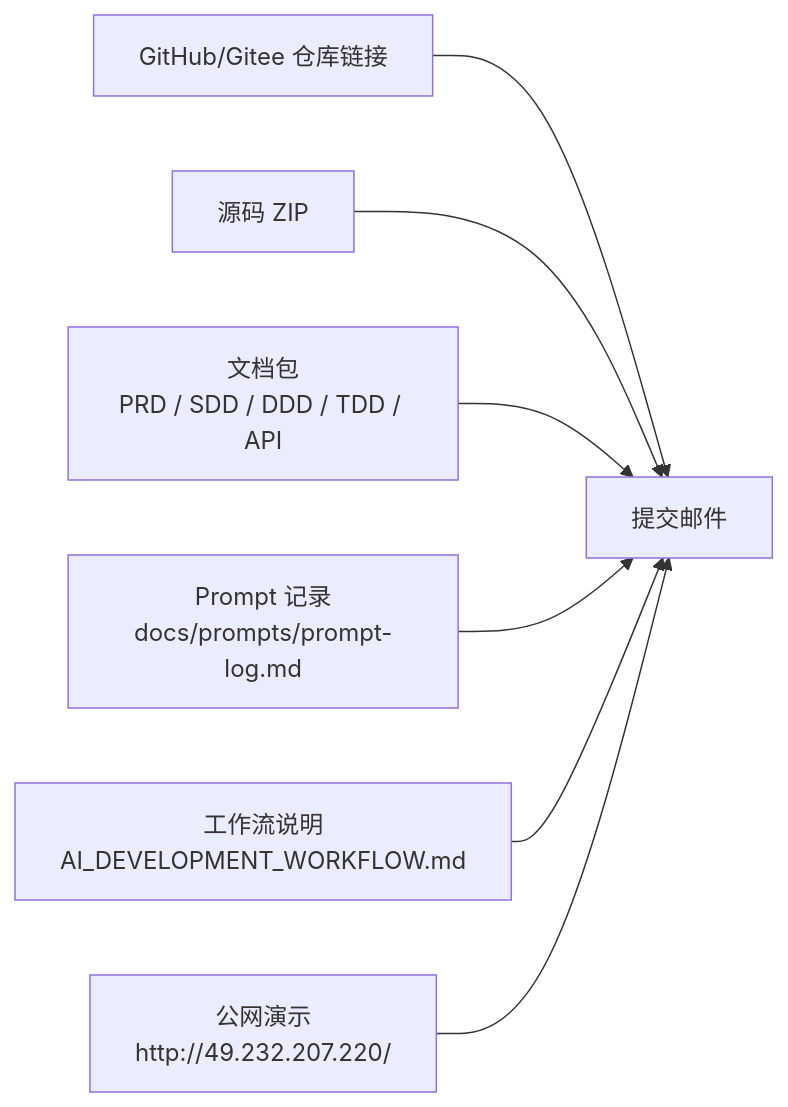
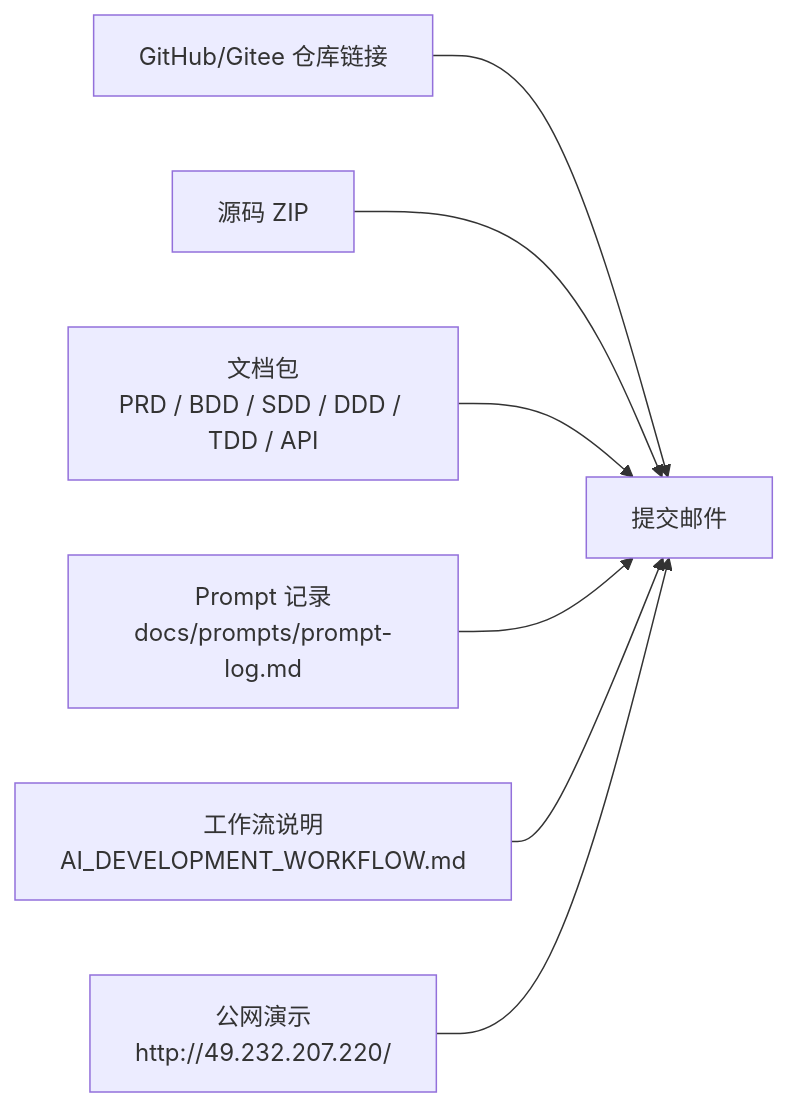
The first of 2 diagrams in docs/SUBMISSION.md (LibertychaserUS/100-journeys), drawn with Mermaid before and after one commit. The commit also changed other lines of this file and 55 other files, not shown here.

````diff
--- a/docs/SUBMISSION.md
+++ b/docs/SUBMISSION.md
@@ -14,9 +14,9 @@
 ```mermaid
 flowchart LR
     repo["GitHub/Gitee 仓库链接"] --> email["提交邮件"]
     zip["源码 ZIP"] --> email
-    docs["文档包<br/>PRD / SDD / DDD / TDD / API"] --> email
+    docs["文档包<br/>PRD / BDD / SDD / DDD / TDD / API"] --> email
     prompt["Prompt 记录<br/>docs/prompts/prompt-log.md"] --> email
     workflow["工作流说明<br/>AI_DEVELOPMENT_WORKFLOW.md"] --> email
     demo["公网演示<br/>http://49.232.207.220/"] --> email
 ```
````
